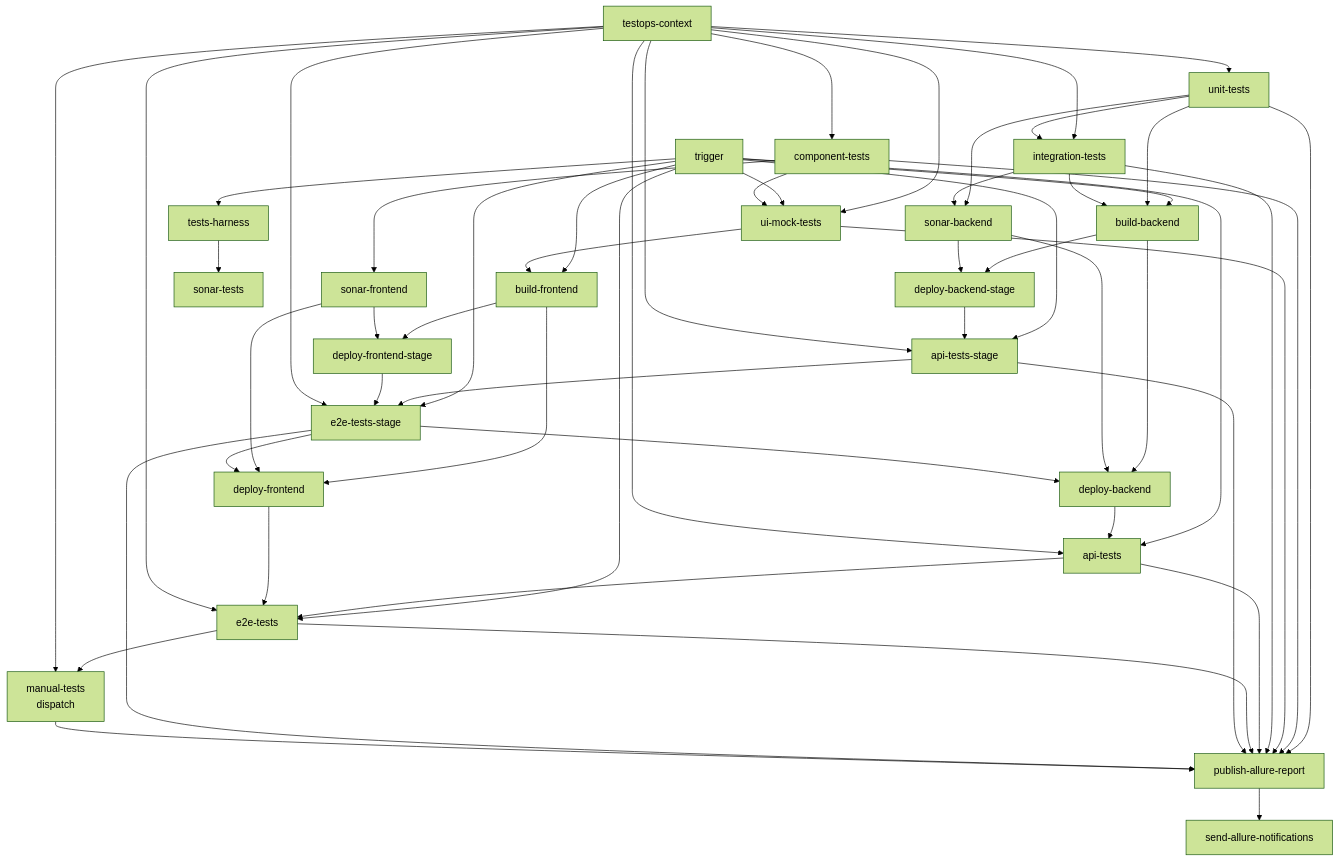
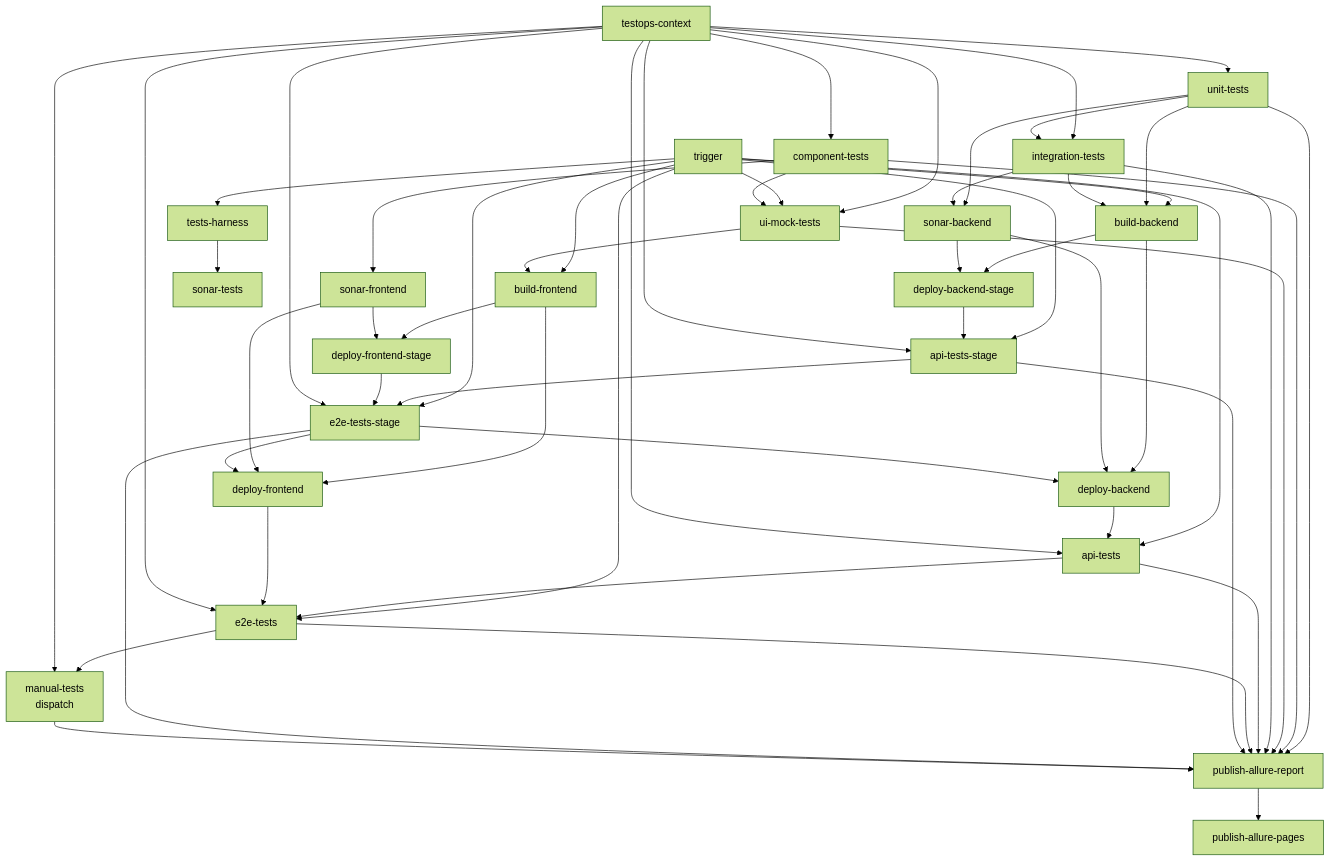
Before and after one commit to autotests-ai/autotests-ai-multistack-app: the diagram in README.md, drawn with Mermaid (forest theme). The commit also changed other lines of this file and 1 other file, not shown here.

First line of the commit message:
ci: send Allure Telegram from publish after generate

````diff
--- a/README.md
+++ b/README.md
@@ -77,61 +77,61 @@
 ```mermaid
 flowchart TB
   TRG[trigger]
   TOC[testops-context]
 
   TOC --> UNIT[unit-tests]
   TOC --> COMP[component-tests]
   TRG --> H[tests-harness]
   TOC --> MOCK[ui-mock-tests]
   TOC --> INT[integration-tests]
 
   TRG --> MOCK
   TRG --> BB
   TRG --> BF
   TRG --> API
   TRG --> E2E
   TRG --> APIS
   TRG --> E2ES
 
   UNIT --> INT
   UNIT --> SB[sonar-backend]
   INT --> SB
   COMP --> SF[sonar-frontend]
   COMP --> MOCK
   H --> ST[sonar-tests]
 
   UNIT --> BB[build-backend]
   INT --> BB
   MOCK --> BF[build-frontend]
 
   BB --> DB[deploy-backend]
   SB --> DB
   BB --> DBS[deploy-backend-stage]
   SB --> DBS
 
   BF --> DF[deploy-frontend]
   SF --> DF
   BF --> DFS[deploy-frontend-stage]
   SF --> DFS
 
   DB --> API[api-tests]
   TOC --> API
 
   API --> E2E[e2e-tests]
   DF --> E2E
   TOC --> E2E
 
   DBS --> APIS[api-tests-stage]
   TOC --> APIS
   APIS --> E2ES[e2e-tests-stage]
   DFS --> E2ES
   TOC --> E2ES
   E2ES --> DB
   E2ES --> DF
 
   E2E --> MAN[manual-tests<br/>dispatch]
   TOC --> MAN
 
   UNIT & COMP & MOCK & INT & API & E2E & APIS & E2ES & MAN --> PUB[publish-allure-report]
-  PUB --> NTF[send-allure-notifications]
+  PUB --> PAGES[publish-allure-pages]
 ```
````
